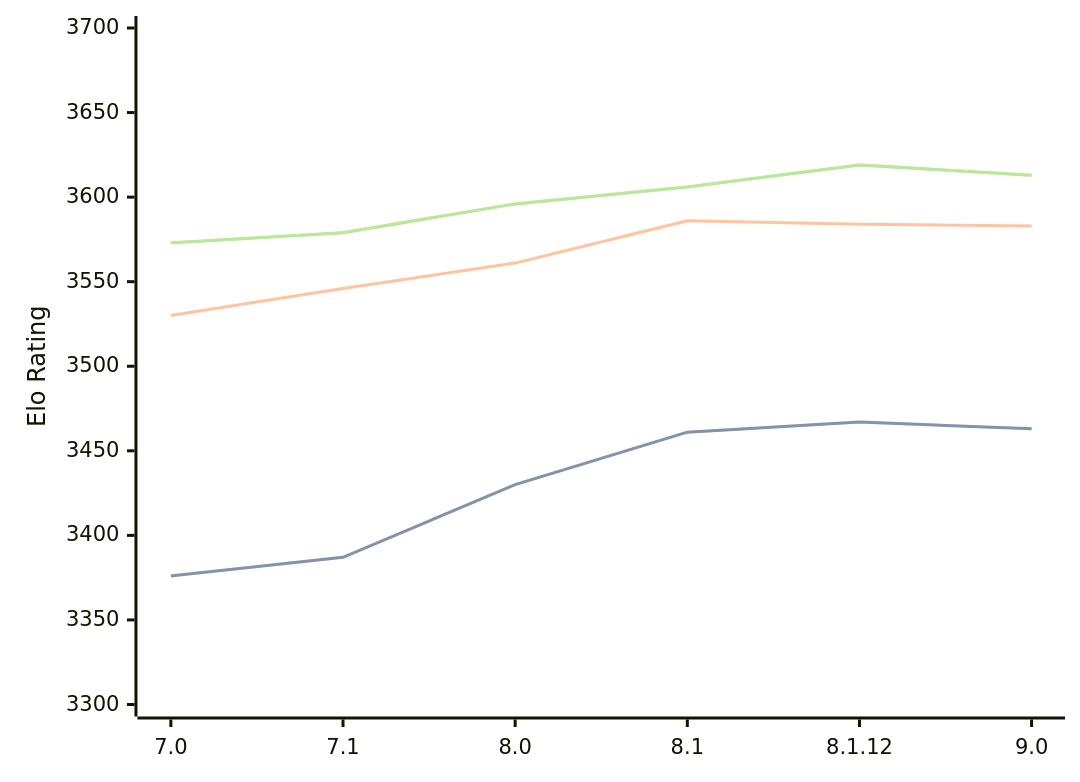
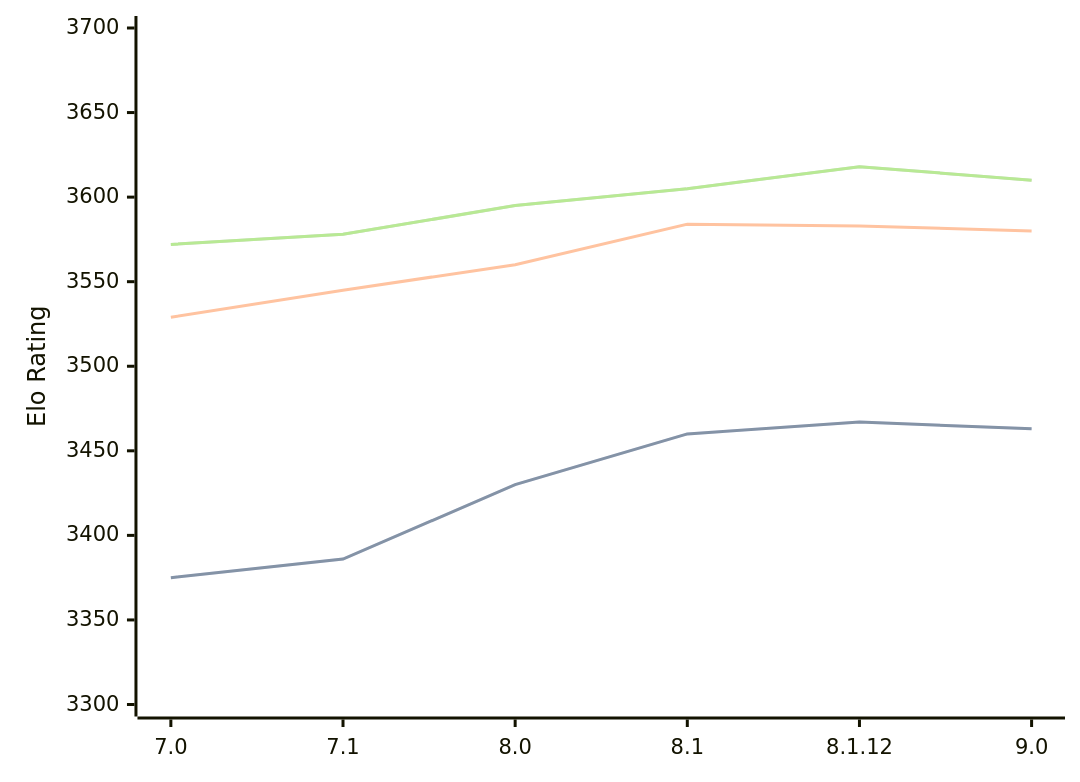
The diagram in engines/Alexandria.md (computer-chess-index/cci), drawn with Mermaid before and after one commit. The commit also changed other lines of this file, not shown here.

Commit message:
Update CCI Ratings (ELO VLTC) - 2026-03-08

````diff
--- a/engines/Alexandria.md
+++ b/engines/Alexandria.md
@@ -53,11 +53,11 @@
 ```mermaid
 %%{init: {"theme":"base","themeVariables":{"seriesColors:['#a3a3a3','#222221','#faa371']}}}%%
 xychart-beta
   x-axis ["7.0", "7.1", "8.0", "8.1", "8.1.12", "9.0"]
   y-axis "Elo Rating" 3300 --> 3700
-  line "STC (8.0+0.08s)" [3376, 3387, 3430, 3461, 3467, 3463]
-  line "STC (8.0+0.08s)" [3376, 3387, 3430, 3461, 3467, 3463]
-  line "LTC (60.0+0.60s)" [3530, 3546, 3561, 3586, 3584, 3583]
-  line "VLTC (2m24s+1.12s)" [3573, 3579, 3596, 3606, 3619, 3613]
-  line "VLTC (2m24s+1.12s)" [3573, 3579, 3596, 3606, 3619, 3613]
+  line "STC (8.0+0.08s)" [3375, 3386, 3430, 3460, 3467, 3463]
+  line "STC (8.0+0.08s)" [3375, 3386, 3430, 3460, 3467, 3463]
+  line "LTC (60.0+0.60s)" [3529, 3545, 3560, 3584, 3583, 3580]
+  line "VLTC (2m24s+1.12s)" [3572, 3578, 3595, 3605, 3618, 3610]
+  line "VLTC (2m24s+1.12s)" [3572, 3578, 3595, 3605, 3618, 3610]
 ```
````
